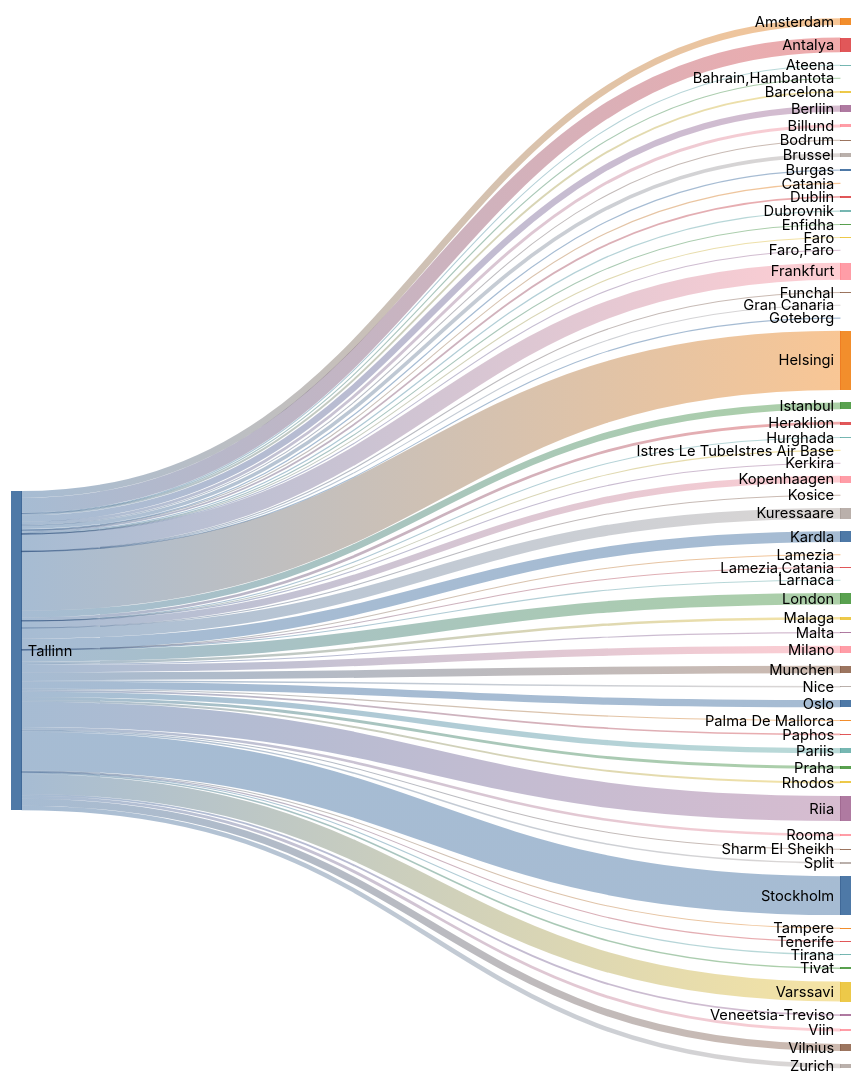
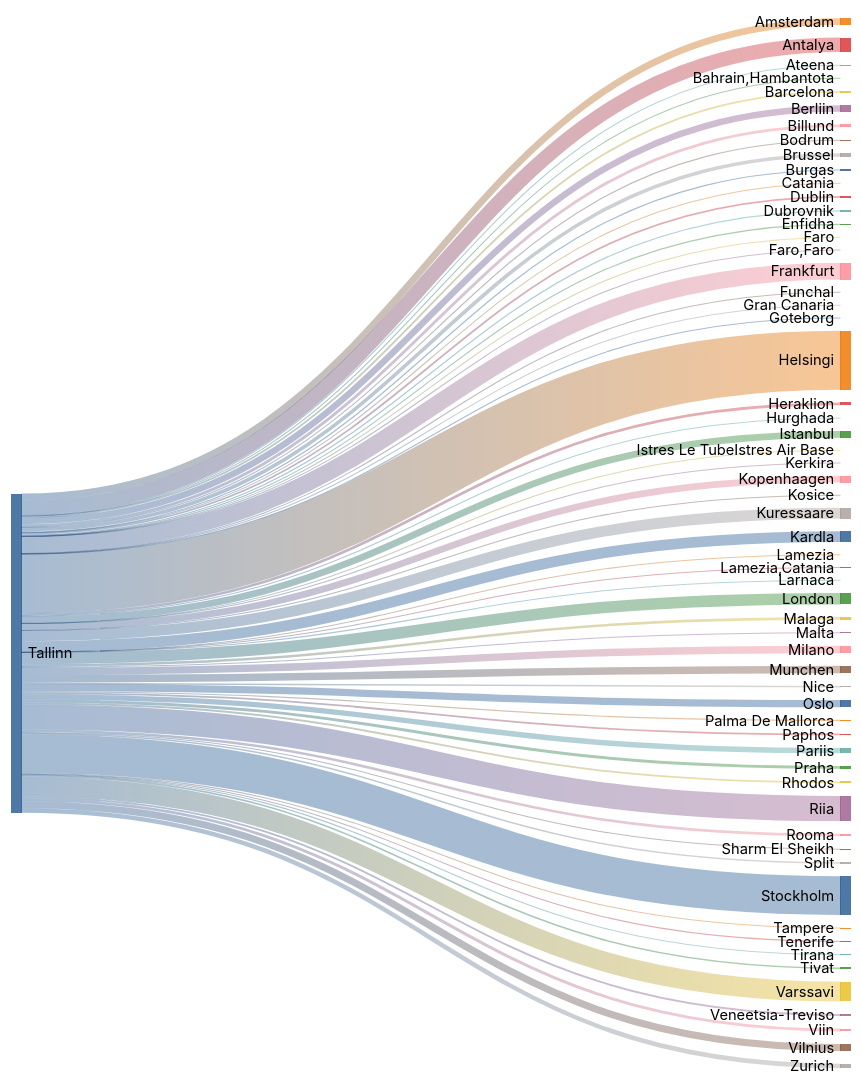
The second of 2 diagrams in README.md (rainermesi/tll-airport-departures), drawn with Mermaid (neutral theme) before and after one commit. The commit also changed other lines of this file, not shown here.

````diff
--- a/README.md
+++ b/README.md
@@ -34,72 +34,72 @@
 ```mermaid
 ---
 config:
   sankey:
     showValues: false
     width: 800
     height: 1000
 ---
 sankey-beta
 %% source,target,value
-Tallinn,Amsterdam,113
-Tallinn,Antalya,245
+Tallinn,Amsterdam,115
+Tallinn,Antalya,246
 Tallinn,Ateena,16
 Tallinn,"Bahrain,Hambantota",1
 Tallinn,Barcelona,31
-Tallinn,Berliin,108
+Tallinn,Berliin,109
 Tallinn,Billund,49
 Tallinn,Bodrum,11
 Tallinn,Brussel,61
 Tallinn,Burgas,21
 Tallinn,Catania,2
 Tallinn,Dublin,30
 Tallinn,Dubrovnik,21
 Tallinn,Enfidha,7
 Tallinn,Faro,4
 Tallinn,"Faro,Faro",1
-Tallinn,Frankfurt,283
+Tallinn,Frankfurt,286
 Tallinn,Funchal,4
 Tallinn,Gran Canaria,6
 Tallinn,Goteborg,1
-Tallinn,Helsingi,991
+Tallinn,Helsingi,1000
 Tallinn,Heraklion,46
 Tallinn,Hurghada,10
-Tallinn,Istanbul,112
+Tallinn,Istanbul,113
 Tallinn,Istres Le TubeIstres Air Base,2
 Tallinn,Kerkira,4
-Tallinn,Kopenhaagen,113
+Tallinn,Kopenhaagen,114
 Tallinn,Kosice,1
-Tallinn,Kuressaare,181
-Tallinn,Kardla,181
+Tallinn,Kuressaare,183
+Tallinn,Kardla,183
 Tallinn,Lamezia,1
 Tallinn,"Lamezia,Catania",3
 Tallinn,Larnaca,4
-Tallinn,London,193
-Tallinn,Malaga,42
+Tallinn,London,195
+Tallinn,Malaga,43
 Tallinn,Malta,15
-Tallinn,Milano,124
+Tallinn,Milano,125
 Tallinn,Munchen,129
 Tallinn,Nice,25
-Tallinn,Oslo,121
+Tallinn,Oslo,122
 Tallinn,Palma De Mallorca,19
-Tallinn,Paphos,29
-Tallinn,Pariis,90
+Tallinn,Paphos,30
+Tallinn,Pariis,91
 Tallinn,Praha,49
 Tallinn,Rhodos,32
-Tallinn,Riia,421
+Tallinn,Riia,425
 Tallinn,Rooma,43
 Tallinn,Sharm El Sheikh,12
 Tallinn,Split,25
-Tallinn,Stockholm,651
+Tallinn,Stockholm,654
 Tallinn,Tampere,17
-Tallinn,Tenerife,8
+Tallinn,Tenerife,9
 Tallinn,Tirana,8
 Tallinn,Tivat,26
-Tallinn,Varssavi,334
-Tallinn,Veneetsia-Treviso,30
-Tallinn,Viin,48
-Tallinn,Vilnius,118
+Tallinn,Varssavi,337
+Tallinn,Veneetsia-Treviso,31
+Tallinn,Viin,49
+Tallinn,Vilnius,119
 Tallinn,Zurich,76
 
 
 ```
````
